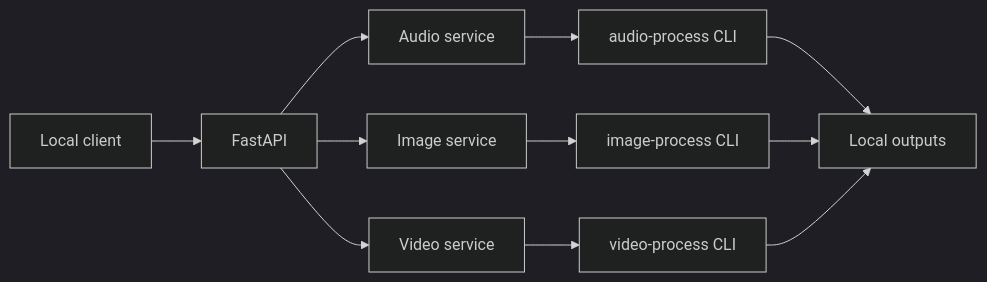
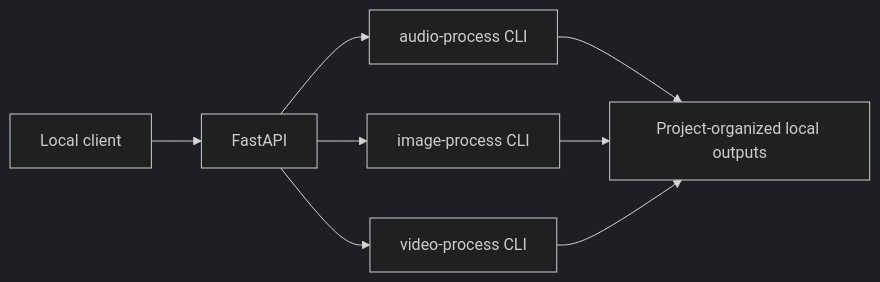
Before and after one commit to johazores/projects-xyz: the diagram in media-process-api/README.md, drawn with Mermaid (dark theme). The commit also changed other lines of this file and 30 other files, not shown here.

````diff
--- a/media-process-api/README.md
+++ b/media-process-api/README.md
@@ -22,13 +19,10 @@
 ```mermaid
 flowchart LR
     Client[Local client] --> API[FastAPI]
-    API --> AudioService[Audio service]
-    API --> ImageService[Image service]
-    API --> VideoService[Video service]
-    AudioService --> AudioCLI[audio-process CLI]
-    ImageService --> ImageCLI[image-process CLI]
-    VideoService --> VideoCLI[video-process CLI]
-    AudioCLI --> Outputs[Local outputs]
-    ImageCLI --> Outputs
-    VideoCLI --> Outputs
+    API --> Audio[audio-process CLI]
+    API --> Image[image-process CLI]
+    API --> Video[video-process CLI]
+    Audio --> Outputs[Project-organized local outputs]
+    Image --> Outputs
+    Video --> Outputs
 ```
````
